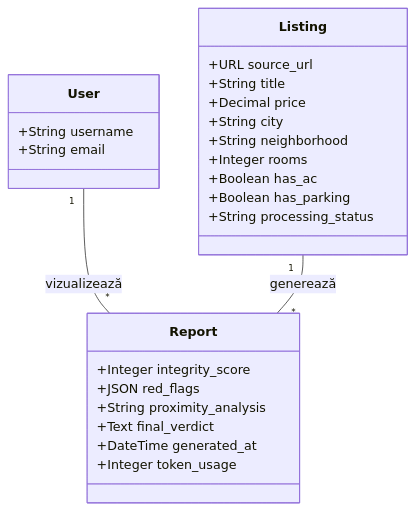
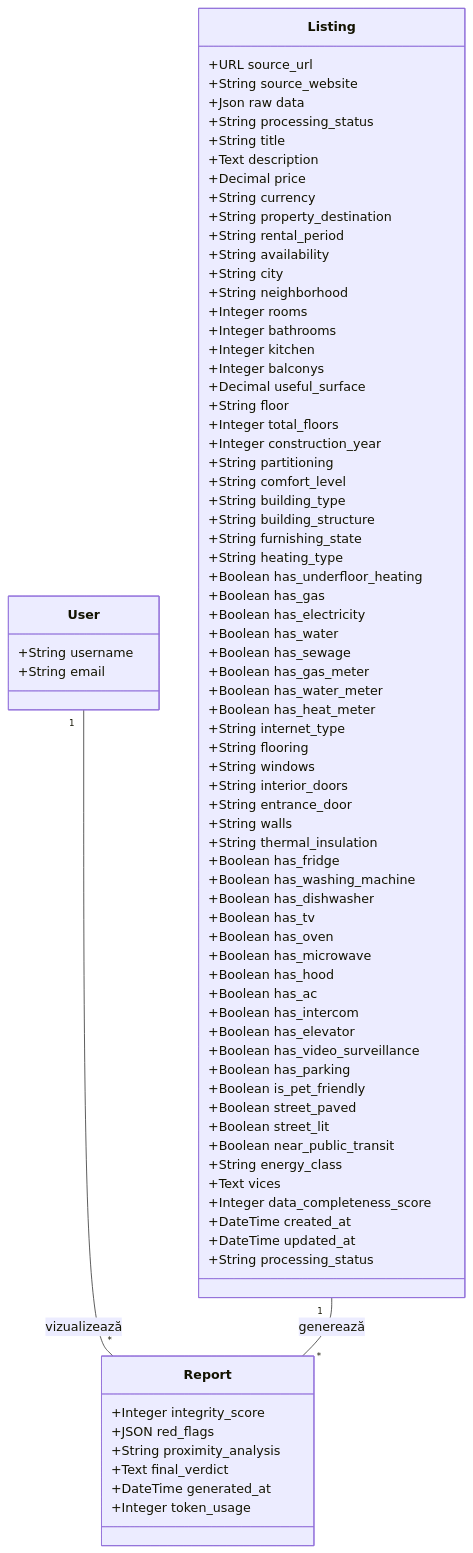
One commit to AlexDraghiciu25/Proiect-MDS changed the third of 3 diagrams in README.md. Above: the diagram before and after it, drawn with Mermaid.

```diff
--- a/README.md
+++ b/README.md
@@ -97,13 +97,68 @@
     }
     class Listing {
         +URL source_url
+        +String source_website
+        +Json raw data
+        +String processing_status
         +String title
+        +Text description
         +Decimal price
+        +String currency
+        +String property_destination
+        +String rental_period
+        +String availability
         +String city
         +String neighborhood
         +Integer rooms
+        +Integer bathrooms
+        +Integer kitchen
+        +Integer balconys
+        +Decimal useful_surface
+        +String floor
+        +Integer total_floors
+        +Integer construction_year
+        +String partitioning
+        +String comfort_level
+        +String building_type
+        +String building_structure
+        +String furnishing_state
+        +String heating_type
+        +Boolean has_underfloor_heating
+        +Boolean has_gas
+        +Boolean has_electricity
+        +Boolean has_water
+        +Boolean has_sewage
+        +Boolean has_gas_meter
+        +Boolean has_water_meter
+        +Boolean has_heat_meter
+        +String internet_type
+        +String flooring
+        +String windows
+        +String interior_doors
+        +String entrance_door
+        +String walls
+        +String thermal_insulation
+        +Boolean has_fridge
+        +Boolean has_washing_machine
+        +Boolean has_dishwasher
+        +Boolean has_tv
+        +Boolean has_oven
+        +Boolean has_microwave
+        +Boolean has_hood
         +Boolean has_ac
+        +Boolean has_intercom
+        +Boolean has_elevator
+        +Boolean has_video_surveillance
         +Boolean has_parking
+        +Boolean is_pet_friendly
+        +Boolean street_paved
+        +Boolean street_lit
+        +Boolean near_public_transit
+        +String energy_class
+        +Text vices
+        +Integer data_completeness_score
+        +DateTime created_at
+        +DateTime updated_at
         +String processing_status
     }
     class Report {
```
